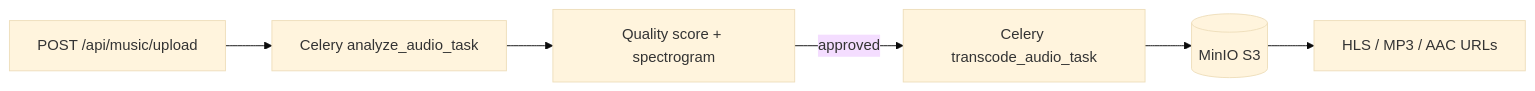
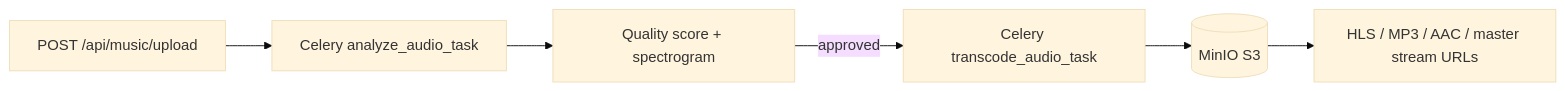
The second of 3 diagrams in implementation_plan.md (charlsonpeter/verisonic), drawn with Mermaid (base theme) before and after one commit. The commit also changed other lines of this file and 3 other files, not shown here.

````diff
--- a/implementation_plan.md
+++ b/implementation_plan.md
@@ -40,8 +41,8 @@
 ```mermaid
 graph LR
     Upload[POST /api/music/upload] --> Analyze[Celery analyze_audio_task]
     Analyze --> Score[Quality score + spectrogram]
     Score -->|approved| Transcode[Celery transcode_audio_task]
     Transcode --> S3[(MinIO S3)]
-    S3 --> Play[HLS / MP3 / AAC URLs]
+    S3 --> Play[HLS / MP3 / AAC / master stream URLs]
 ```
````
